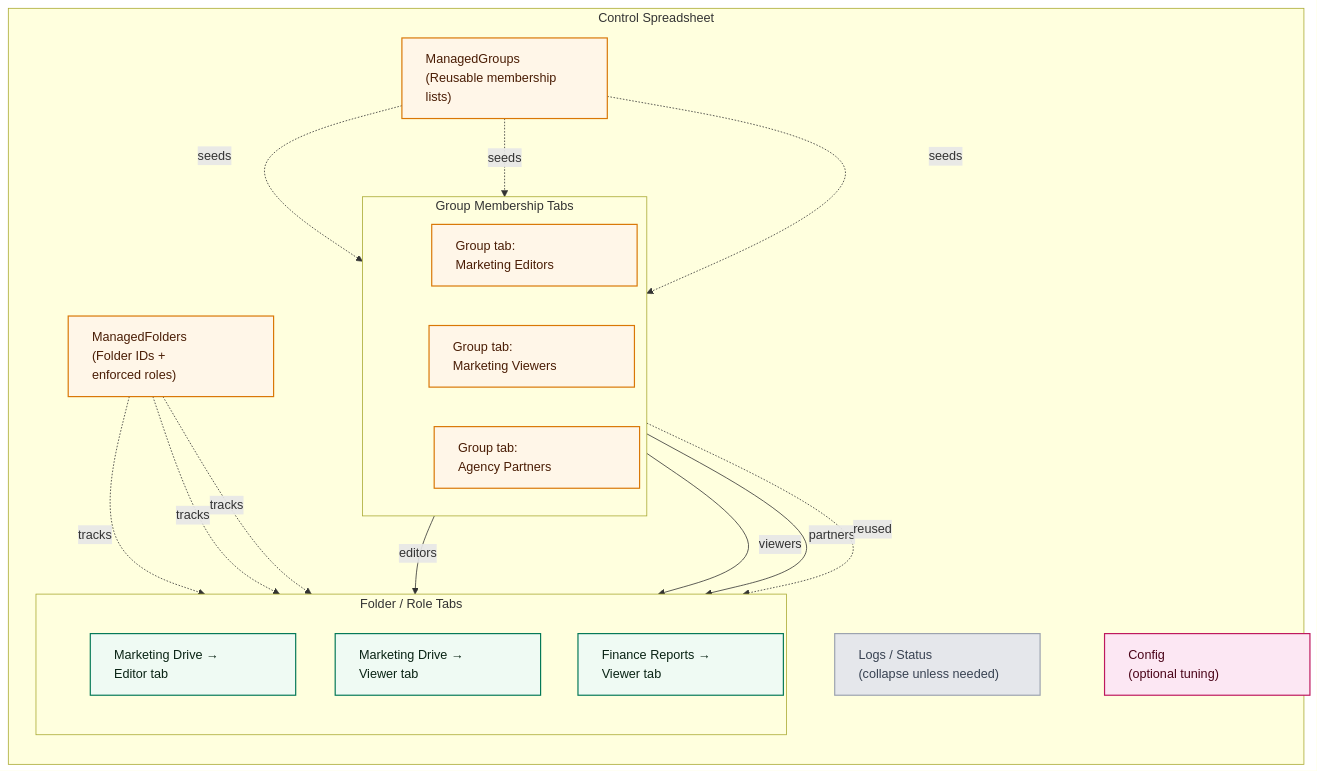
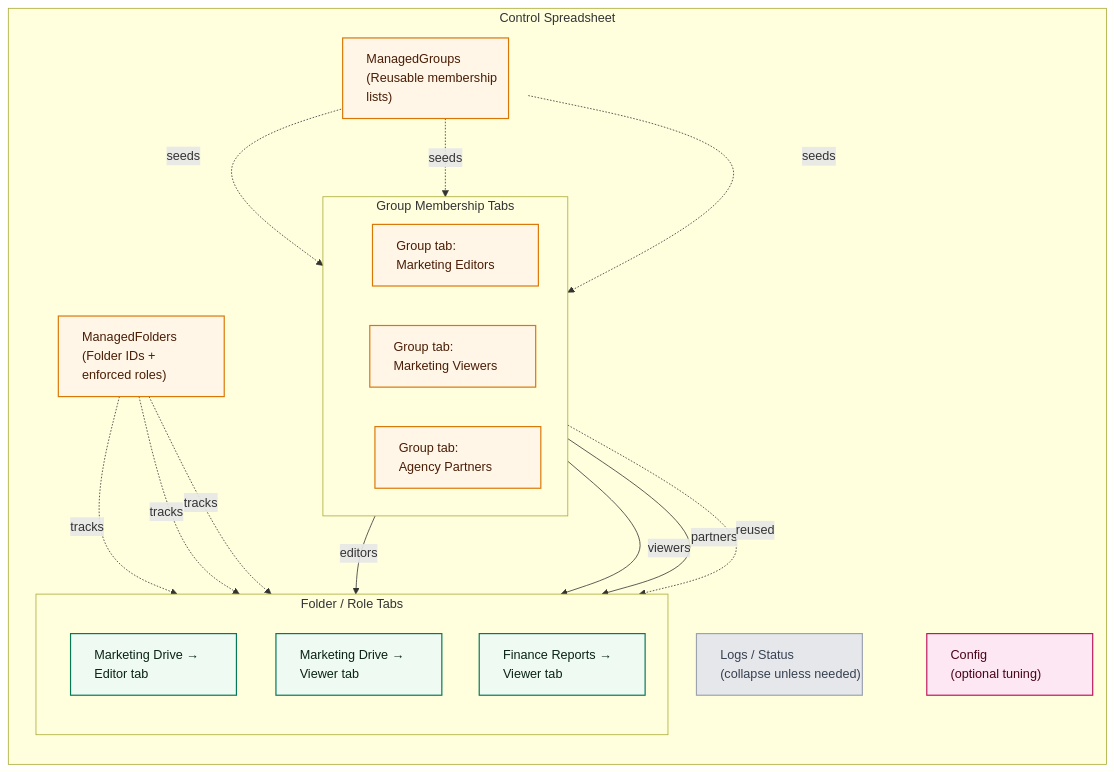
One commit to davidf9999/gdrive_permissions1 changed the first of 3 diagrams in docs/ARCHITECTURE_OVERVIEW.md. Above: the diagram before and after it, drawn with Mermaid. The commit also changed other lines of this file, not shown here.

Commit message:
docs: narrow mermaid nodes

````diff
--- a/docs/ARCHITECTURE_OVERVIEW.md
+++ b/docs/ARCHITECTURE_OVERVIEW.md
@@ -27,44 +27,45 @@
 ```mermaid
 %% Wider nodes with manual line breaks to keep labels visible in GitHub's Mermaid renderer
 flowchart TD
   subgraph ControlSheet[Control Spreadsheet]
     direction TB
     ManagedFolders["ManagedFolders<br>(Folder IDs +<br>enforced roles)"]
     ManagedGroups["ManagedGroups<br>(Reusable membership lists)"]
     subgraph GroupTabs[Group Membership Tabs]
       direction LR
       GroupSheet1["Group tab:<br>Marketing Editors"]
       GroupSheet2["Group tab:<br>Marketing Viewers"]
       GroupSheet3["Group tab:<br>Agency Partners"]
     end
     subgraph FolderRoleTabs[Folder / Role Tabs]
       direction TB
       FolderSheet1["Marketing Drive →<br>Editor tab"]
       FolderSheet2["Marketing Drive →<br>Viewer tab"]
       FolderSheet3["Finance Reports →<br>Viewer tab"]
     end
     Logs["Logs / Status<br>(collapse unless needed)"]
     Config["Config<br>(optional tuning)"]
   end
 
   ManagedFolders -. tracks .-> FolderSheet1
   ManagedFolders -. tracks .-> FolderSheet2
   ManagedFolders -. tracks .-> FolderSheet3
   ManagedGroups -. seeds .-> GroupSheet1
   ManagedGroups -. seeds .-> GroupSheet2
   ManagedGroups -. seeds .-> GroupSheet3
   GroupSheet1 -- editors --> FolderSheet1
   GroupSheet2 -- viewers --> FolderSheet2
   GroupSheet3 -- partners --> FolderSheet2
   GroupSheet2 -. reused .-> FolderSheet3
 
-  classDef default fill:#f4fbff,stroke:#1463a5,stroke-width:1.5px,color:#0d273d,width:260px,text-align:left;
+  %% Slightly narrower nodes keep arrows snug without clipping GitHub's renderer
+  classDef default fill:#f4fbff,stroke:#1463a5,stroke-width:1.5px,color:#0d273d,width:210px,text-align:left;
   classDef group fill:#fff6e8,stroke:#d97706,color:#4a1d05;
   classDef folder fill:#effaf3,stroke:#047857,color:#092314;
   classDef log fill:#e5e7eb,stroke:#9ca3af,color:#374151;
   classDef config fill:#fce7f3,stroke:#be185d,color:#4a0418;
   class ManagedFolders,ManagedGroups,GroupSheet1,GroupSheet2,GroupSheet3 group;
   class FolderSheet1,FolderSheet2,FolderSheet3 folder;
   class Logs log;
   class Config config;
 ```
````
